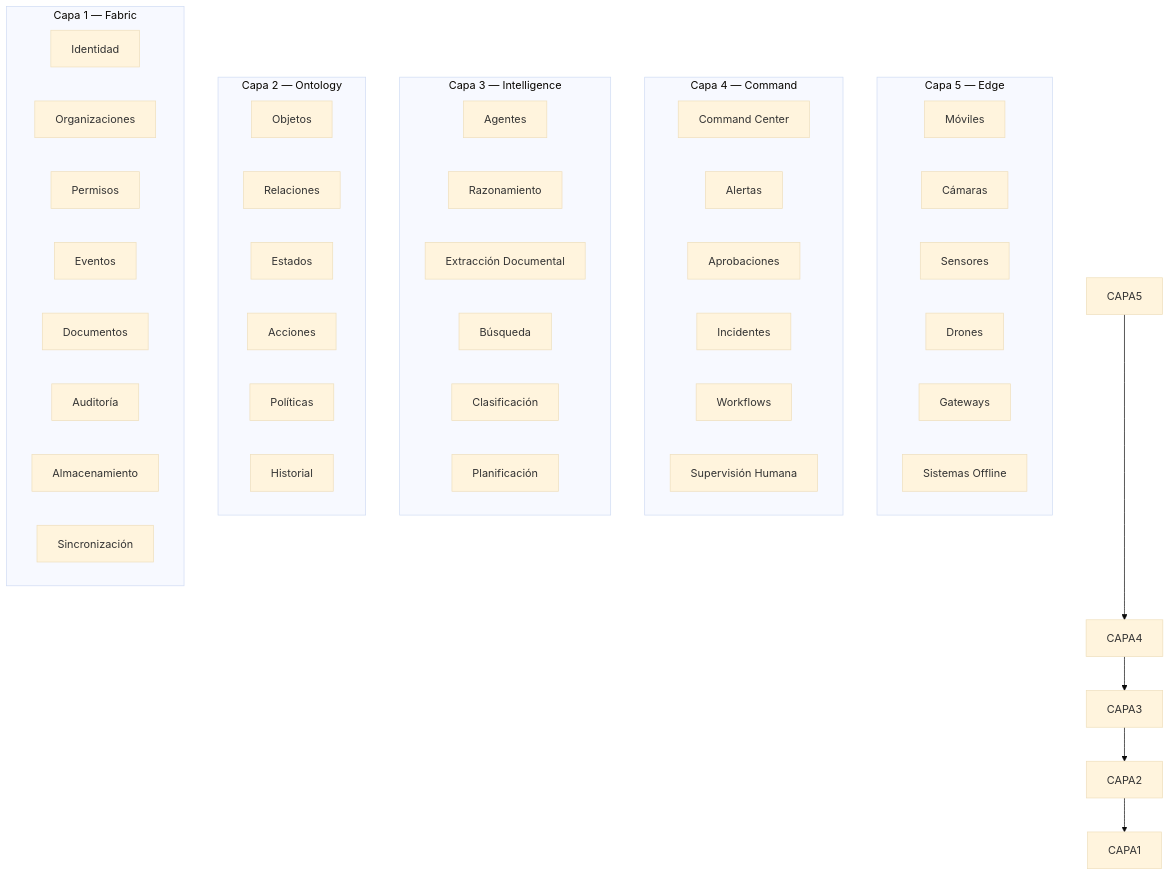
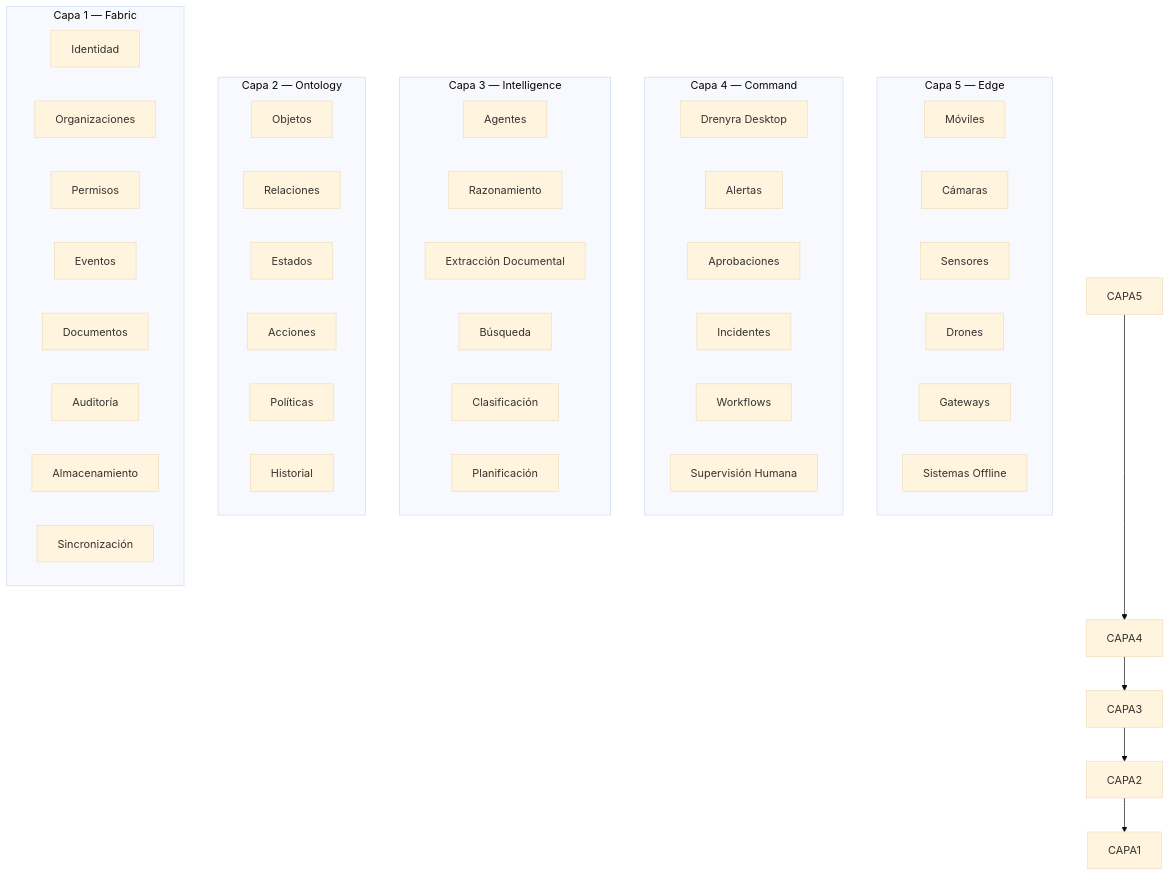
One commit to arkelythex/drenyra-command-center changed the first of 2 diagrams in docs/ARCHITECTURE.md. Above: the diagram before and after it, drawn with Mermaid (base theme). The commit also changed other lines of this file and 47 other files, not shown here.

First line of the commit message:
docs(legacy): replace Command Center and Pi names across documentation

````diff
--- a/docs/ARCHITECTURE.md
+++ b/docs/ARCHITECTURE.md
@@ -17,54 +17,54 @@
 ```mermaid
 graph TB
     subgraph "Capa 5 — Edge"
         MOBILE[Móviles]
         CAMS[Cámaras]
         SENSORS[Sensores]
         DRONES[Drones]
         GATEWAYS[Gateways]
         OFFLINE[Sistemas Offline]
     end
 
     subgraph "Capa 4 — Command"
-        CTRL[Command Center]
+        CTRL[Drenyra Desktop]
         ALERTS[Alertas]
         APPROVALS[Aprobaciones]
         INCIDENTS[Incidentes]
         WF[Workflows]
         SUPV[Supervisión Humana]
     end
 
     subgraph "Capa 3 — Intelligence"
         AGENTS[Agentes]
         REASON[Razonamiento]
         EXTRACT[Extracción Documental]
         SEARCH[Búsqueda]
         CLASSIFY[Clasificación]
         PLAN[Planificación]
     end
 
     subgraph "Capa 2 — Ontology"
         OBJECTS[Objetos]
         RELS[Relaciones]
         STATES[Estados]
         ACTIONS[Acciones]
         POLICIES[Políticas]
         HISTORY[Historial]
     end
 
     subgraph "Capa 1 — Fabric"
         ID[Identidad]
         ORG[Organizaciones]
         PERM[Permisos]
         EVENTS[Eventos]
         DOCS[Documentos]
         AUDIT[Auditoría]
         STORE[Almacenamiento]
         SYNC[Sincronización]
     end
 
     CAPA5 --> CAPA4
     CAPA4 --> CAPA3
     CAPA3 --> CAPA2
     CAPA2 --> CAPA1
 ```
````
